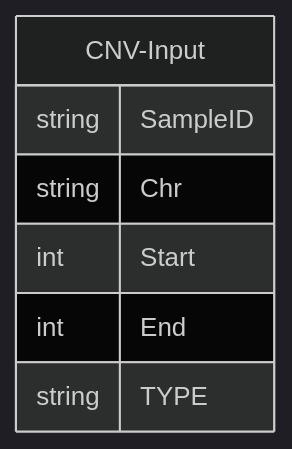
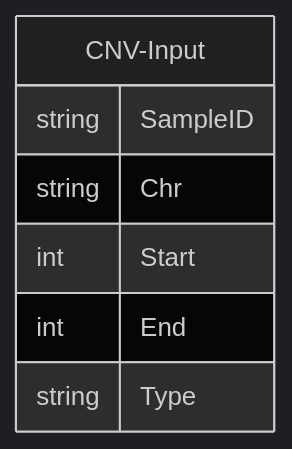
Before and after one commit to JacquemontLab/CNV-Annotation: the diagram in README.md, drawn with Mermaid (dark theme). The commit also changed other lines of this file and 3 other files, not shown here.

````diff
--- a/README.md
+++ b/README.md
@@ -7,11 +7,11 @@
 ```mermaid 
 erDiagram
     direction TB
     CNV-Input{
         string SampleID
         string Chr
         int Start
         int End 
-        string TYPE
+        string Type
     }
 ```
````
